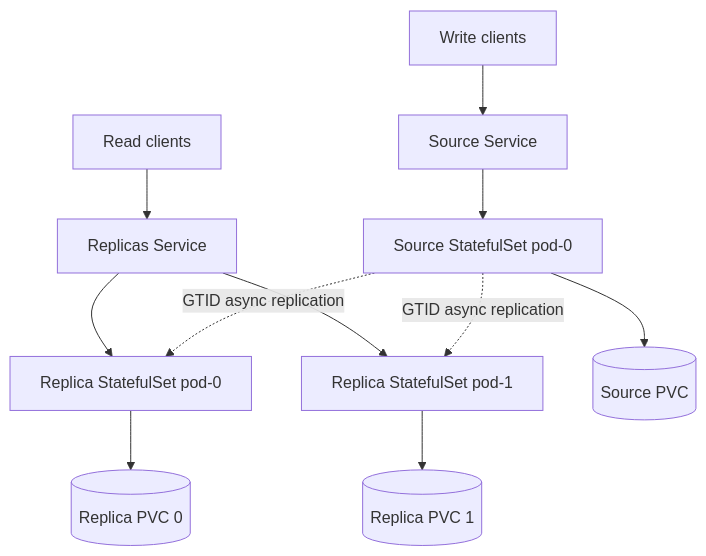
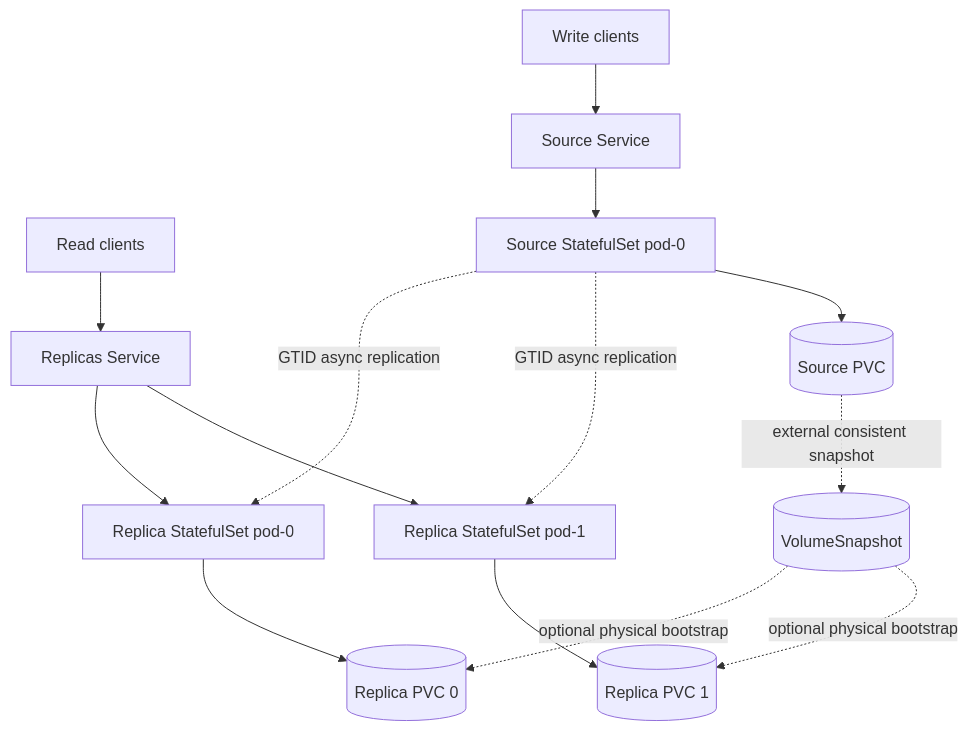
Before and after one commit to helmforgedev/charts: the second of 2 diagrams in charts/mariadb/DESIGN.md, drawn with Mermaid. The commit also changed other lines of this file and 26 other files, not shown here.

First line of the commit message:
feat(mariadb)!: add snapshot replica bootstrap (#2361)

````diff
--- a/charts/mariadb/DESIGN.md
+++ b/charts/mariadb/DESIGN.md
@@ -31,16 +31,19 @@
 ```mermaid
 flowchart TB
   write[Write clients] --> sourceSvc[Source Service]
   read[Read clients] --> replicaSvc[Replicas Service]
 
   sourceSvc --> source[Source StatefulSet pod-0]
   replicaSvc --> replica0[Replica StatefulSet pod-0]
   replicaSvc --> replica1[Replica StatefulSet pod-1]
 
   source -. GTID async replication .-> replica0
   source -. GTID async replication .-> replica1
 
   source --> sourcePVC[(Source PVC)]
+  sourcePVC -. external consistent snapshot .-> snapshot[(VolumeSnapshot)]
+  snapshot -. optional physical bootstrap .-> replicaPVC0
+  snapshot -. optional physical bootstrap .-> replicaPVC1
   replica0 --> replicaPVC0[(Replica PVC 0)]
   replica1 --> replicaPVC1[(Replica PVC 1)]
 ```
````
